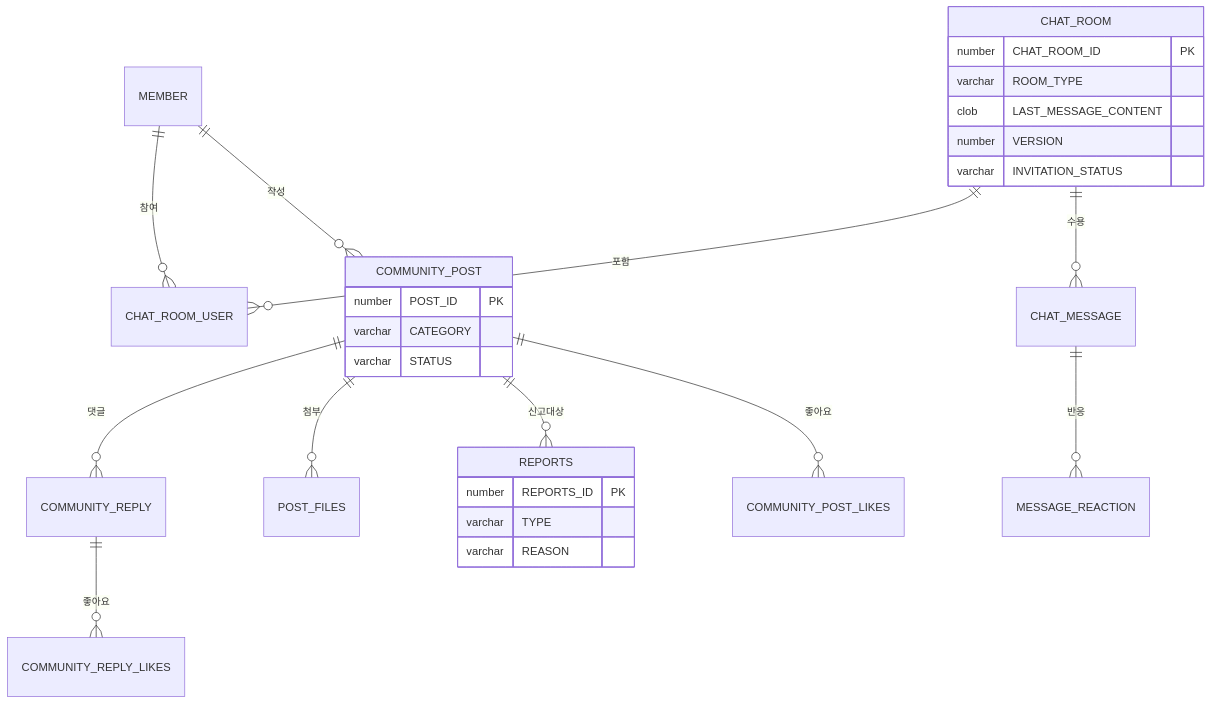
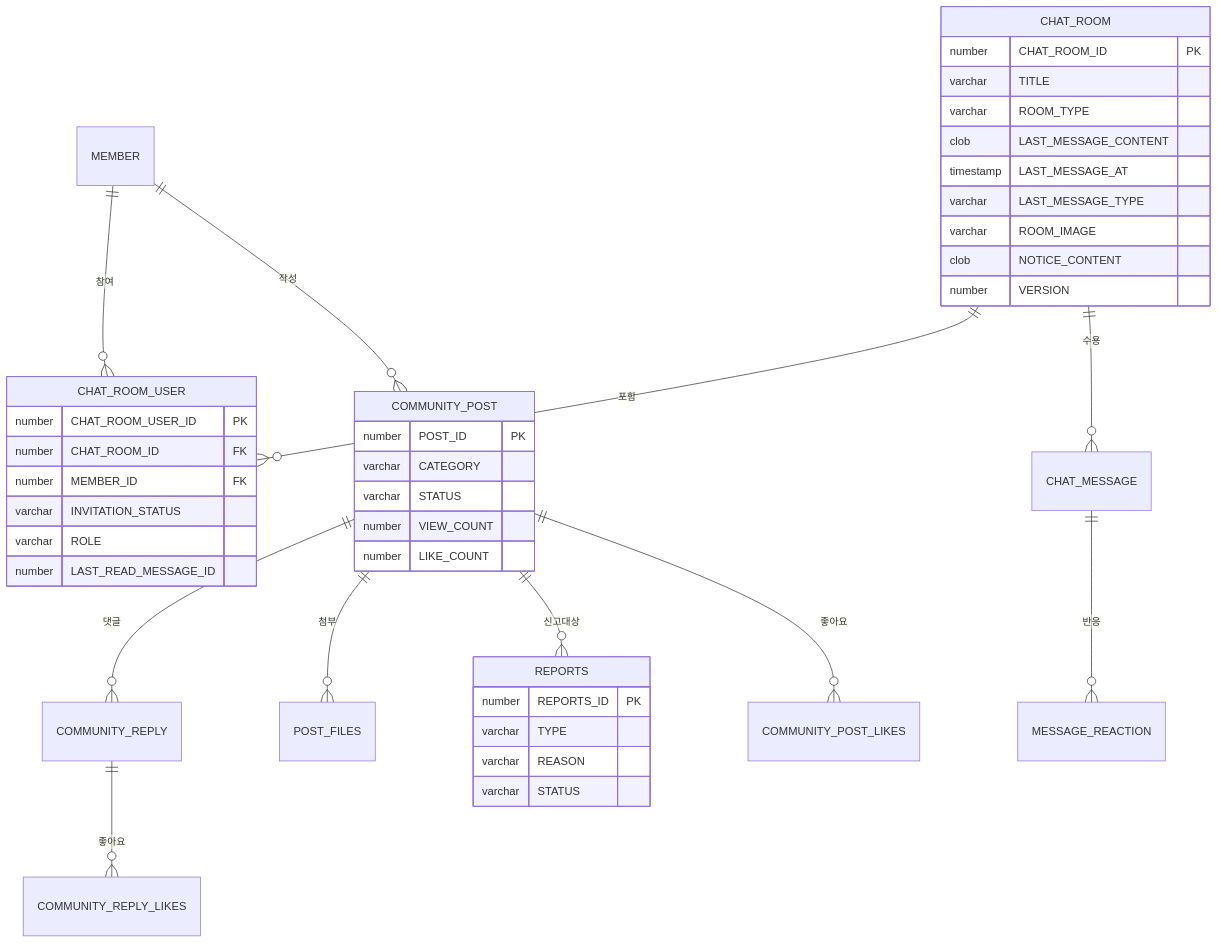
The fifth of 5 diagrams in erd.md (KJH-Portfolio/202602-Environmenta-Organization), drawn with Mermaid before and after one commit. The commit also changed other lines of this file, not shown here.

````diff
--- a/erd.md
+++ b/erd.md
@@ -862,32 +862,47 @@
 ```mermaid
 erDiagram
     MEMBER ||--o{ CHAT_ROOM_USER : "참여"
     CHAT_ROOM ||--o{ CHAT_ROOM_USER : "포함"
     CHAT_ROOM ||--o{ CHAT_MESSAGE : "수용"
     CHAT_MESSAGE ||--o{ MESSAGE_REACTION : "반응"
     
     MEMBER ||--o{ COMMUNITY_POST : "작성"
     COMMUNITY_POST ||--o{ COMMUNITY_REPLY : "댓글"
     COMMUNITY_POST ||--o{ POST_FILES : "첨부"
     COMMUNITY_POST ||--o{ REPORTS : "신고대상"
     COMMUNITY_POST ||--o{ COMMUNITY_POST_LIKES : "좋아요"
     COMMUNITY_REPLY ||--o{ COMMUNITY_REPLY_LIKES : "좋아요"
     
     CHAT_ROOM {
         number CHAT_ROOM_ID PK
+        varchar TITLE
         varchar ROOM_TYPE
         clob LAST_MESSAGE_CONTENT
+        timestamp LAST_MESSAGE_AT
+        varchar LAST_MESSAGE_TYPE
+        varchar ROOM_IMAGE
+        clob NOTICE_CONTENT
         number VERSION
+    }
+    CHAT_ROOM_USER {
+        number CHAT_ROOM_USER_ID PK
+        number CHAT_ROOM_ID FK
+        number MEMBER_ID FK
         varchar INVITATION_STATUS
+        varchar ROLE
+        number LAST_READ_MESSAGE_ID
     }
     COMMUNITY_POST {
         number POST_ID PK
         varchar CATEGORY
         varchar STATUS
+        number VIEW_COUNT
+        number LIKE_COUNT
     }
     REPORTS {
         number REPORTS_ID PK
         varchar TYPE
         varchar REASON
+        varchar STATUS
     }
 ```
````
